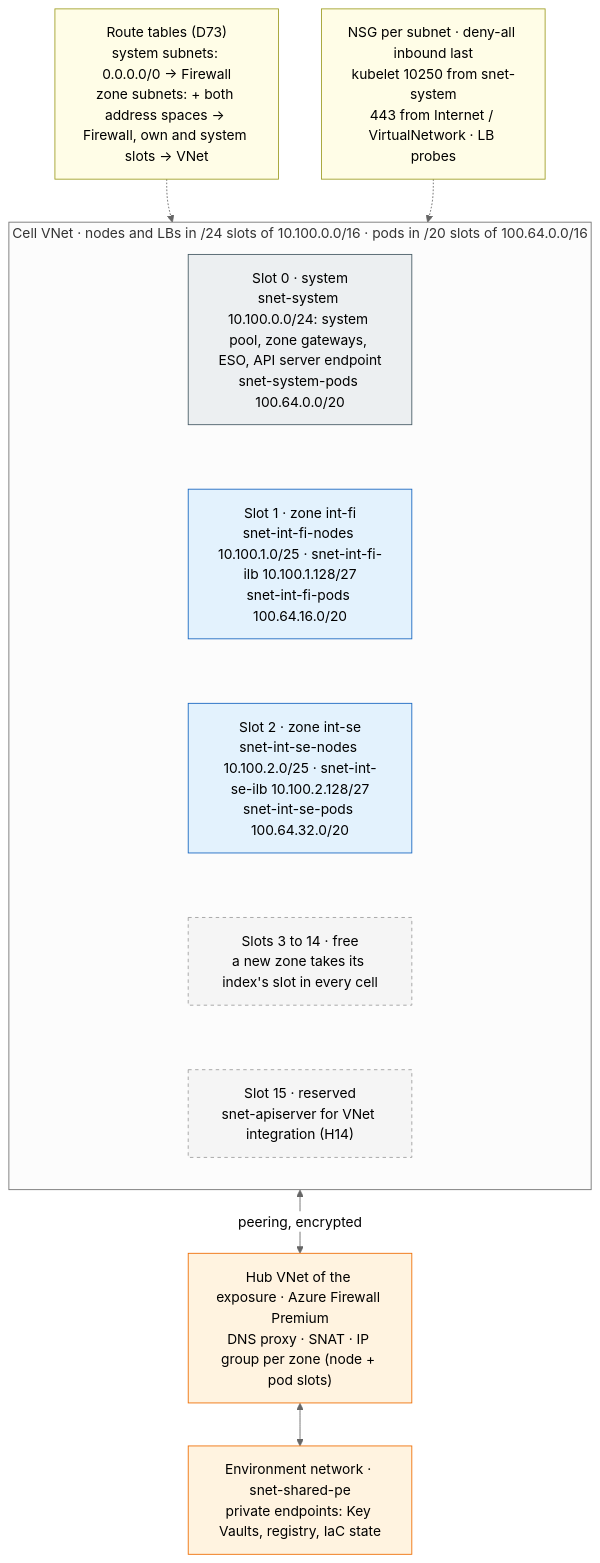
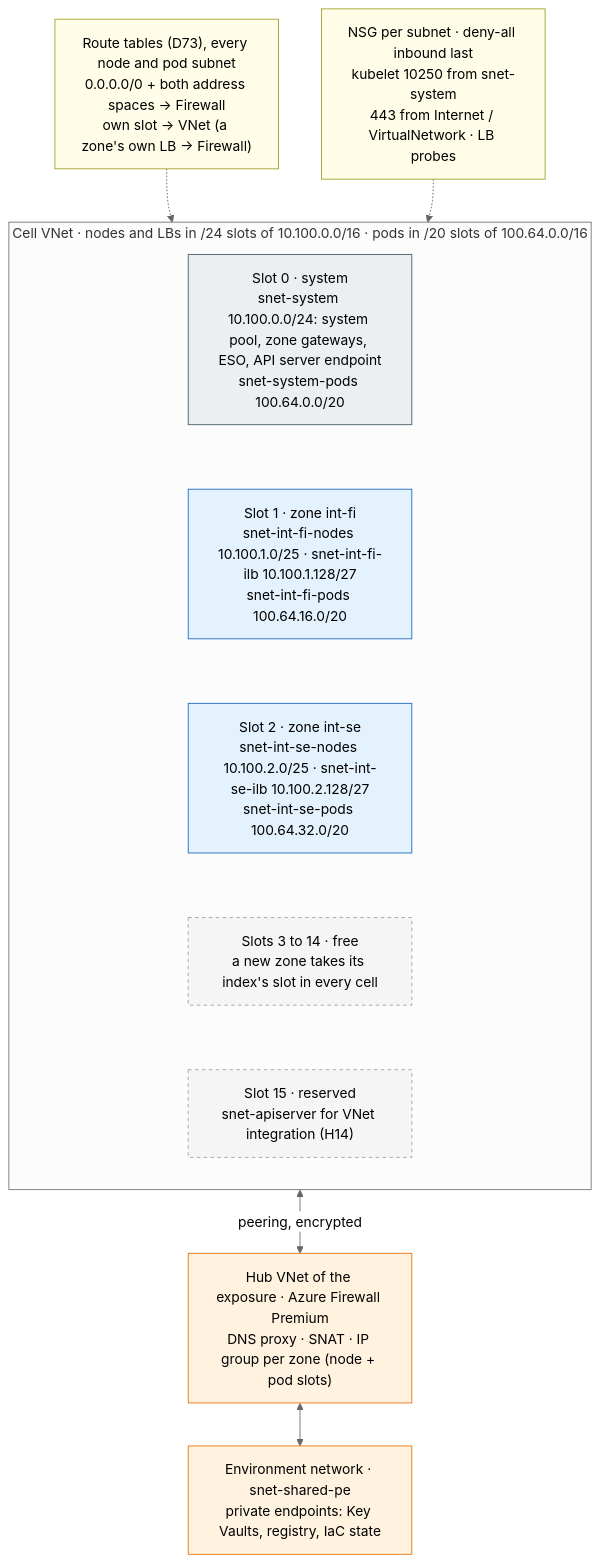
Before and after one commit to onek8s/onek8s.github.io: the diagram in diagrams/2.1-network-subnets.mmd, drawn with Mermaid (neutral theme). The commit also changed 8 other files, not shown here.

First line of the commit message:
v3.6: D73 (f) - the system pool's slot through the hub Firewall too, the Kubernetes flows as its rules (#106)

```diff
--- a/diagrams/2.1-network-subnets.mmd
+++ b/diagrams/2.1-network-subnets.mmd
@@ -1,35 +1,34 @@
 %% Subnet layout of a cell's VNet (an internal cell as the example). Nodes and load balancers in sixteen /24 slots of one
 %% address space: slot 0 the system subnet, slots 1-14 the isolation zones by index, slot 15 reserved (H14). Pods in a
-%% second address space, a /20 per slot (D74). Every zone's node and pod subnets route the cell's address spaces to the hub
-%% Firewall, their own and the system pool's slots excepted (D73). Private endpoints sit in the environment's shared
-%% network, not in the cell.
+%% second address space, a /20 per slot (D74). Every node and pod subnet routes the cell's address spaces to the hub
+%% Firewall, its own slot excepted (D73). Private endpoints sit in the environment's shared network, not in the cell.
 flowchart TB
-    rt["Route tables (D73)<br/>system subnets: 0.0.0.0/0 → Firewall<br/>zone subnets: + both address spaces → Firewall, own and system slots → VNet"]
+    rt["Route tables (D73), every node and pod subnet<br/>0.0.0.0/0 + both address spaces → Firewall<br/>own slot → VNet (a zone's own LB → Firewall)"]
     nsg["NSG per subnet · deny-all inbound last<br/>kubelet 10250 from snet-system<br/>443 from Internet / VirtualNetwork · LB probes"]
     subgraph VNET["Cell VNet · nodes and LBs in /24 slots of 10.100.0.0/16 · pods in /20 slots of 100.64.0.0/16"]
         direction TB
         s0["Slot 0 · system<br/>snet-system 10.100.0.0/24: system pool, zone gateways, ESO, API server endpoint<br/>snet-system-pods 100.64.0.0/20"]
         s1["Slot 1 · zone int-fi<br/>snet-int-fi-nodes 10.100.1.0/25 · snet-int-fi-ilb 10.100.1.128/27<br/>snet-int-fi-pods 100.64.16.0/20"]
         s2["Slot 2 · zone int-se<br/>snet-int-se-nodes 10.100.2.0/25 · snet-int-se-ilb 10.100.2.128/27<br/>snet-int-se-pods 100.64.32.0/20"]
         sf["Slots 3 to 14 · free<br/>a new zone takes its index's slot in every cell"]
         s15["Slot 15 · reserved<br/>snet-apiserver for VNet integration (H14)"]
         s0 ~~~ s1 ~~~ s2 ~~~ sf ~~~ s15
     end
     hub["Hub VNet of the exposure · Azure Firewall Premium<br/>DNS proxy · SNAT · IP group per zone (node + pod slots)"]
     shared["Environment network · snet-shared-pe<br/>private endpoints: Key Vaults, registry, IaC state"]
 
     rt -.-> VNET
     nsg -.-> VNET
     VNET <-->|"peering, encrypted"| hub
     hub <--> shared
 
     classDef cp fill:#eceff1,stroke:#455a64,color:#000
     classDef int fill:#e3f2fd,stroke:#1565c0,color:#000
     classDef res fill:#f5f5f5,stroke:#9e9e9e,color:#000,stroke-dasharray: 4 4
     classDef note fill:#fffde7,stroke:#9e9d24,color:#000
     classDef ext fill:#fff3e0,stroke:#ef6c00,color:#000
     class s0 cp
     class s1,s2 int
     class sf,s15 res
     class rt,nsg note
     class shared,hub ext
```
